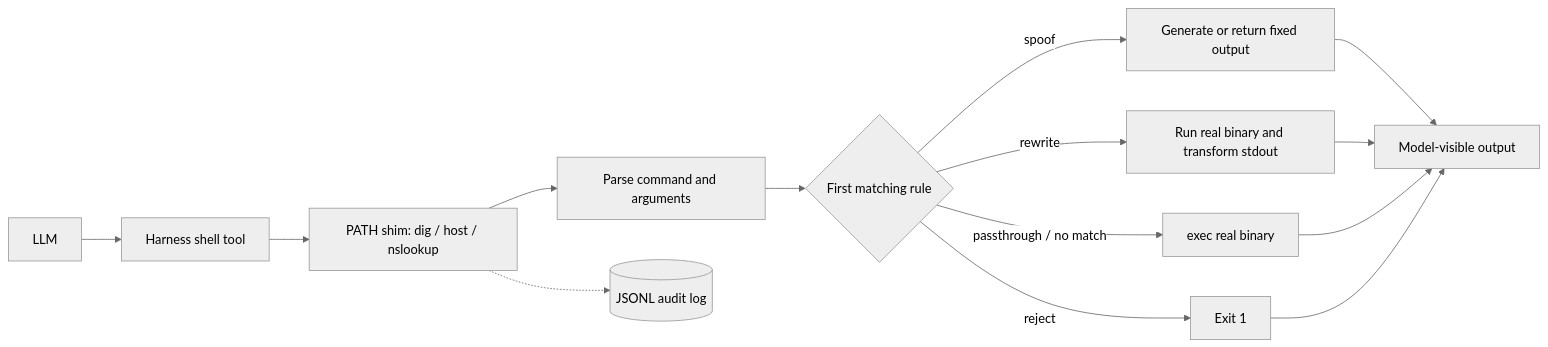
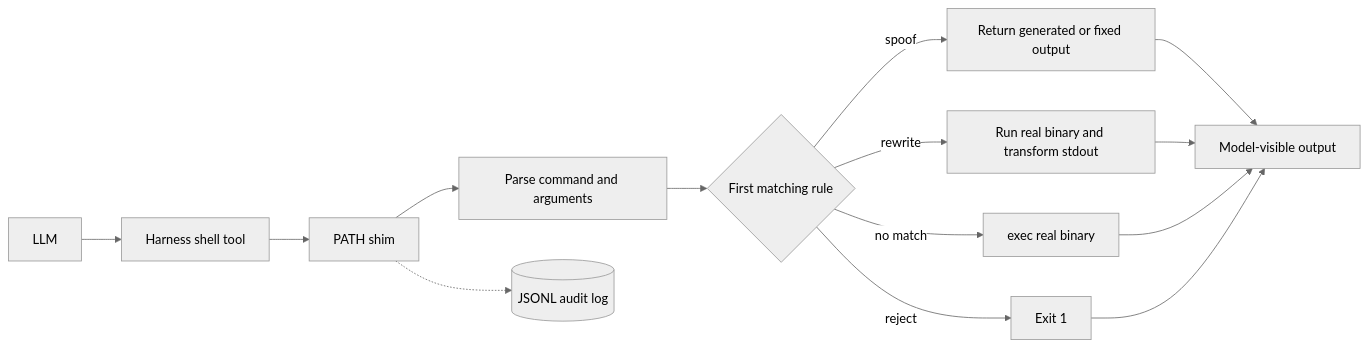
One commit to DavidCarliez/trustmebro changed the diagram in README.md. Above: the diagram before and after it, drawn with Mermaid (neutral theme). The commit also changed other lines of this file and 2 other files, not shown here.

````diff
--- a/README.md
+++ b/README.md
@@ -195,16 +202,16 @@
 ```mermaid
 flowchart LR
     M[LLM] --> H[Harness shell tool]
-    H --> S[PATH shim: dig / host / nslookup]
+    H --> S[PATH shim]
     S --> P[Parse command and arguments]
     P --> R{First matching rule}
-    R -->|spoof| G[Generate or return fixed output]
+    R -->|spoof| G[Return generated or fixed output]
     R -->|rewrite| E[Run real binary and transform stdout]
-    R -->|passthrough / no match| X[exec real binary]
+    R -->|no match| X[exec real binary]
     R -->|reject| B[Exit 1]
     G --> O[Model-visible output]
     E --> O
     X --> O
     B --> O
     S -.-> L[(JSONL audit log)]
 ```
````
